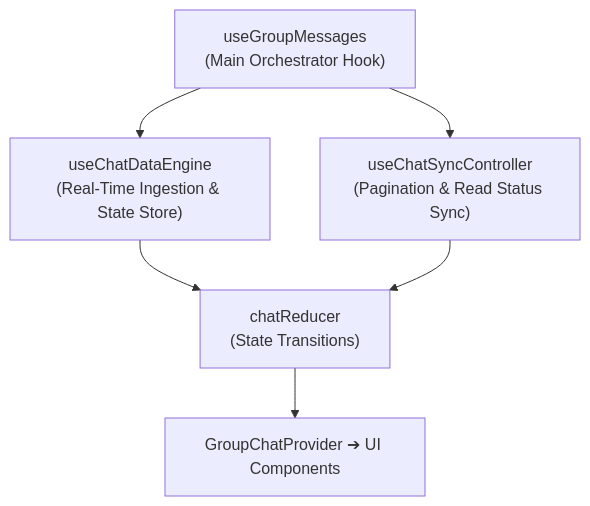
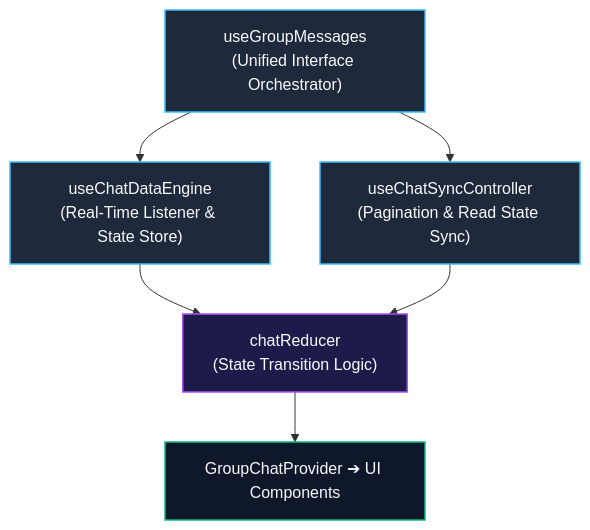
Before and after one commit to ScriptureHabit/scripture-habit: the diagram in docs/groupchat-construction-guide.md, drawn with Mermaid. The commit also changed other lines of this file and 57 other files, not shown here.

Commit message:
docs: refine documentation prose and add structured diagram breakdowns across JA and EN

````diff
--- a/docs/groupchat-construction-guide.md
+++ b/docs/groupchat-construction-guide.md
@@ -46,14 +48,18 @@
 ```mermaid
 flowchart TD
-    useGroupMessages["useGroupMessages<br/>(Main Orchestrator Hook)"]
-    useChatDataEngine["useChatDataEngine<br/>(Real-Time Ingestion & State Store)"]
-    useChatSyncController["useChatSyncController<br/>(Pagination & Read Status Sync)"]
-    chatReducer["chatReducer<br/>(State Transitions)"]
-    Provider["GroupChatProvider ➔ UI Components"]
+    classDef hook fill:#1e293b,stroke:#38bdf8,stroke-width:1.5px,color:#f8fafc;
+    classDef reducer fill:#1e1b4b,stroke:#a855f7,stroke-width:1.5px,color:#f8fafc;
+    classDef provider fill:#0f172a,stroke:#10b981,stroke-width:1.5px,color:#f8fafc;
+
+    useGroupMessages["useGroupMessages<br/>(Unified Interface Orchestrator)"]:::hook
+    useChatDataEngine["useChatDataEngine<br/>(Real-Time Listener & State Store)"]:::hook
+    useChatSyncController["useChatSyncController<br/>(Pagination & Read State Sync)"]:::hook
+    chatReducer["chatReducer<br/>(State Transition Logic)"]:::reducer
+    Provider["GroupChatProvider ➔ UI Components"]:::provider
 
     useGroupMessages --> useChatDataEngine
     useGroupMessages --> useChatSyncController
     useChatDataEngine --> chatReducer
     useChatSyncController --> chatReducer
     chatReducer --> Provider
 ```
````
